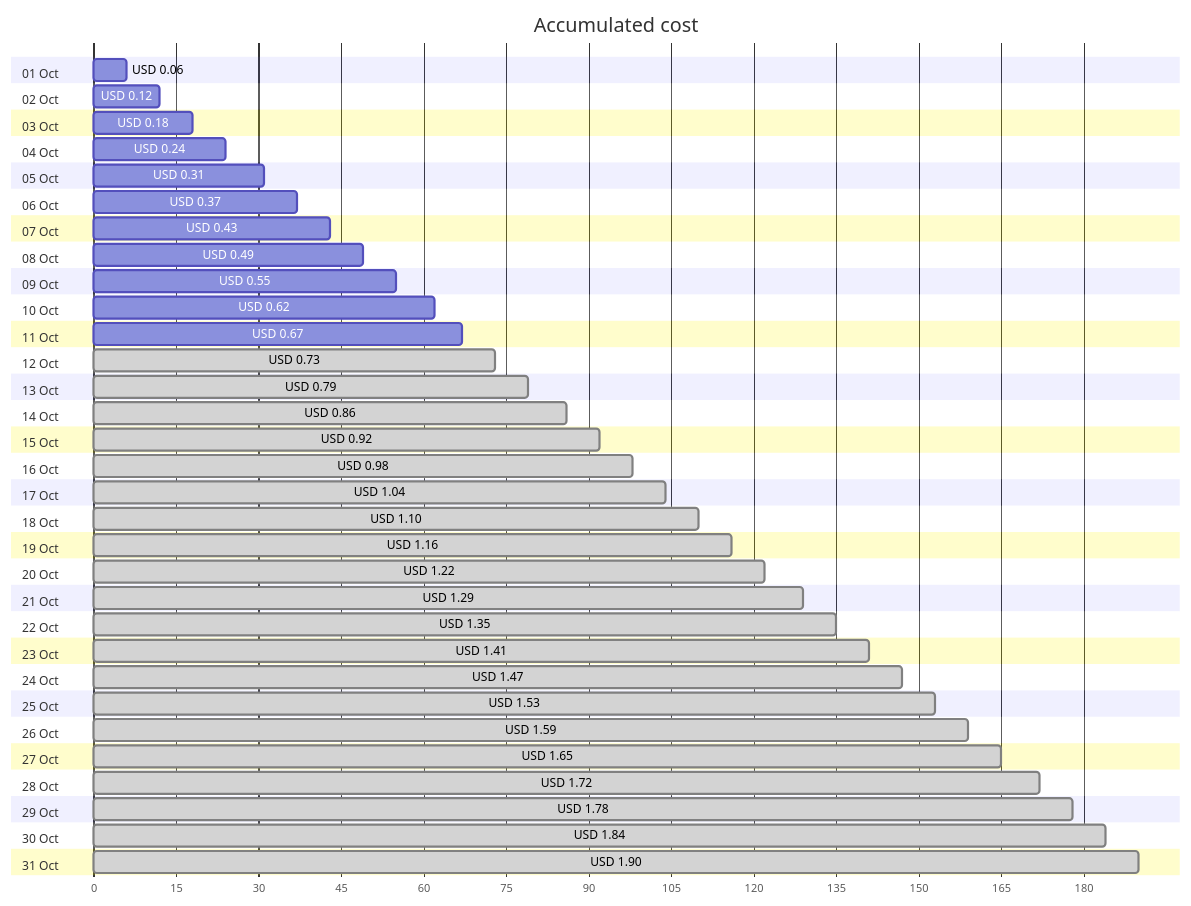
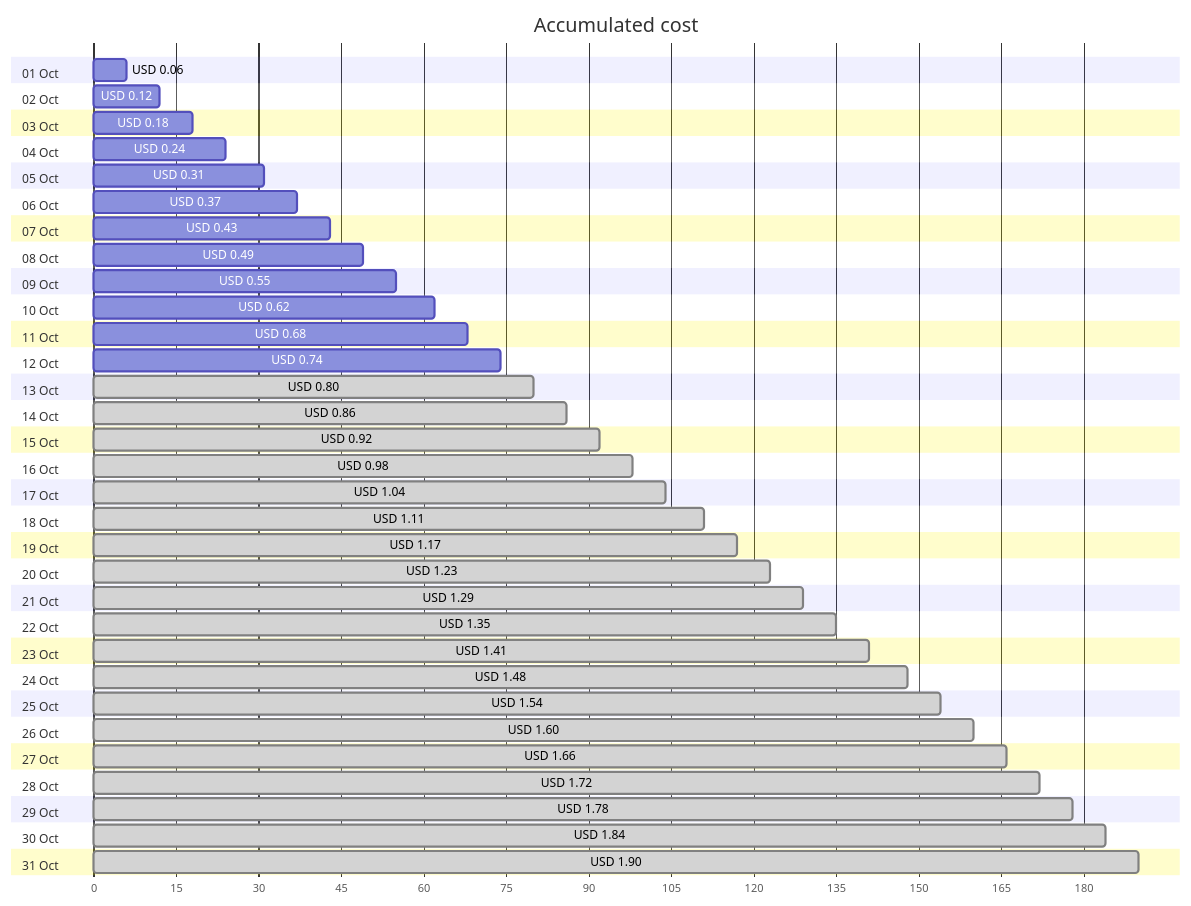
Before and after one commit to jpfulton/azure-personal-reports: the first of 4 diagrams in cost-reports/personal-network/backup-server_OsDisk.md, drawn with Mermaid. The commit also changed other lines of this file and 8 other files, not shown here.

````diff
--- a/cost-reports/personal-network/backup-server_OsDisk.md
+++ b/cost-reports/personal-network/backup-server_OsDisk.md
@@ -20,68 +20,68 @@
 ```mermaid
 gantt
    title Accumulated cost
    dateFormat  X
    axisFormat %s
    section 01 Oct
    USD 0.06 :0, 6
    section 02 Oct
    USD 0.12 :0, 12
    section 03 Oct
    USD 0.18 :0, 18
    section 04 Oct
    USD 0.24 :0, 24
    section 05 Oct
    USD 0.31 :0, 31
    section 06 Oct
    USD 0.37 :0, 37
    section 07 Oct
    USD 0.43 :0, 43
    section 08 Oct
    USD 0.49 :0, 49
    section 09 Oct
    USD 0.55 :0, 55
    section 10 Oct
    USD 0.62 :0, 62
    section 11 Oct
-   USD 0.67 :0, 67
+   USD 0.68 :0, 68
    section 12 Oct
-   USD 0.73 : done, 0, 73
+   USD 0.74 :0, 74
    section 13 Oct
-   USD 0.79 : done, 0, 79
+   USD 0.80 : done, 0, 80
    section 14 Oct
    USD 0.86 : done, 0, 86
    section 15 Oct
    USD 0.92 : done, 0, 92
    section 16 Oct
    USD 0.98 : done, 0, 98
    section 17 Oct
    USD 1.04 : done, 0, 104
    section 18 Oct
-   USD 1.10 : done, 0, 110
+   USD 1.11 : done, 0, 111
    section 19 Oct
-   USD 1.16 : done, 0, 116
+   USD 1.17 : done, 0, 117
    section 20 Oct
-   USD 1.22 : done, 0, 122
+   USD 1.23 : done, 0, 123
    section 21 Oct
    USD 1.29 : done, 0, 129
    section 22 Oct
    USD 1.35 : done, 0, 135
    section 23 Oct
    USD 1.41 : done, 0, 141
    section 24 Oct
-   USD 1.47 : done, 0, 147
+   USD 1.48 : done, 0, 148
    section 25 Oct
-   USD 1.53 : done, 0, 153
+   USD 1.54 : done, 0, 154
    section 26 Oct
-   USD 1.59 : done, 0, 159
+   USD 1.60 : done, 0, 160
    section 27 Oct
-   USD 1.65 : done, 0, 165
+   USD 1.66 : done, 0, 166
    section 28 Oct
    USD 1.72 : done, 0, 172
    section 29 Oct
    USD 1.78 : done, 0, 178
    section 30 Oct
    USD 1.84 : done, 0, 184
    section 31 Oct
    USD 1.90 : done, 0, 190
 ```
````
